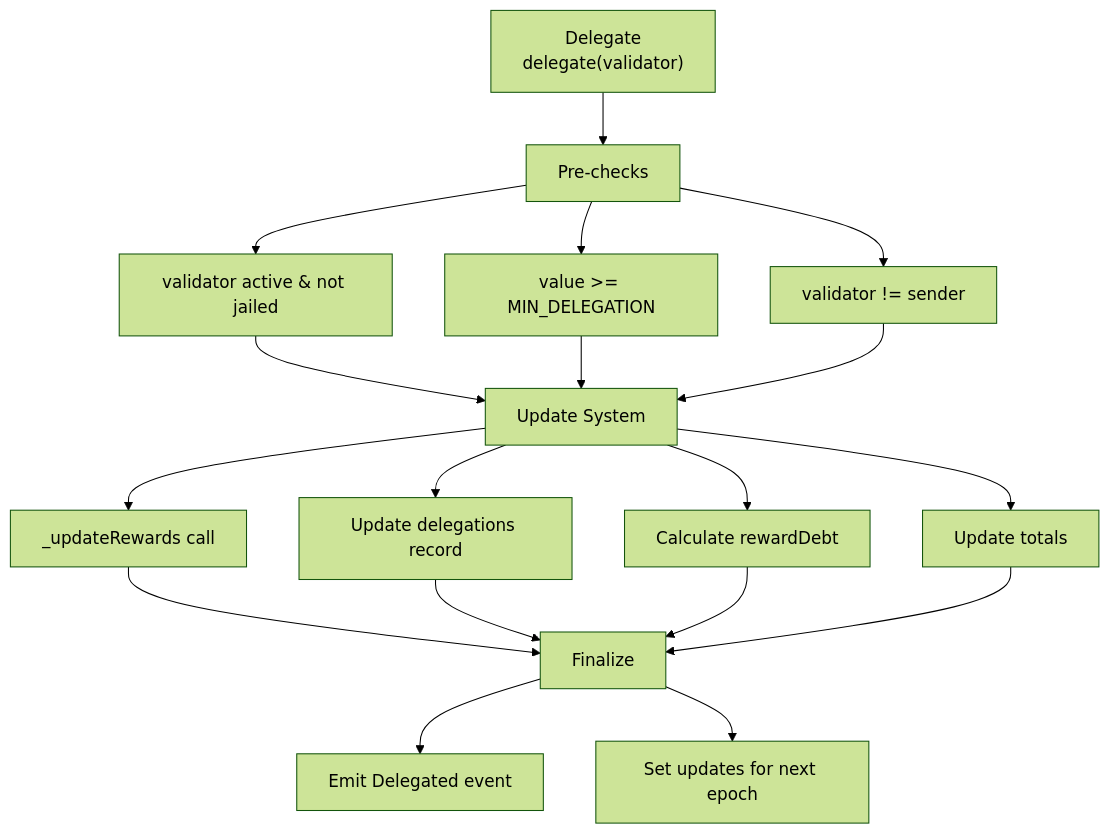
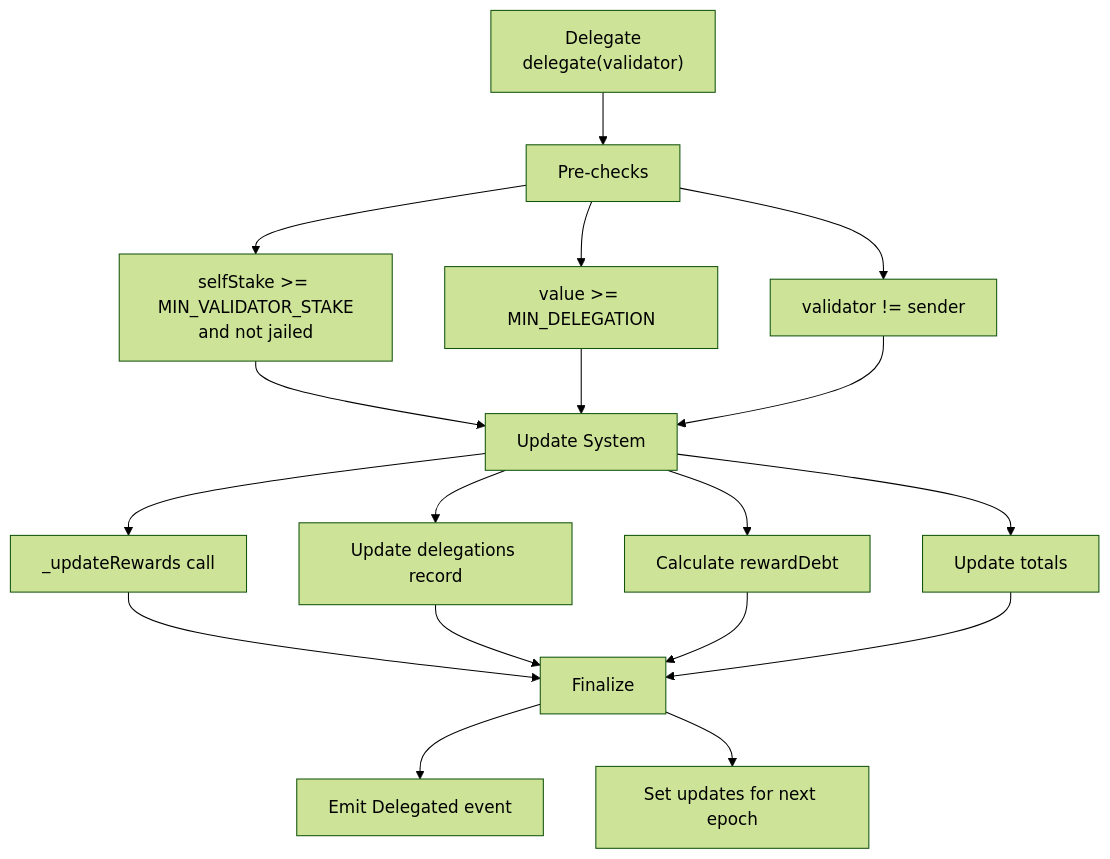
One commit to juchain-network/chain-contract changed the sixth of 13 diagrams in docs/posa-tech-spec.md. Above: the diagram before and after it, drawn with Mermaid (forest theme). The commit also changed other lines of this file and 8 other files, not shown here.

````diff
--- a/docs/posa-tech-spec.md
+++ b/docs/posa-tech-spec.md
@@ -758,24 +760,24 @@
 ```mermaid
 graph TD
     %% Delegation Flow
     A[Delegate<br/>delegate#40;validator#41;] --> B[Pre-checks]
-    B --> B1[validator active & not jailed]
+    B --> B1[selfStake >= MIN_VALIDATOR_STAKE<br/>and not jailed]
     B --> B2[value >= MIN_DELEGATION]
     B --> B3[validator != sender]
     B1 --> C
     B2 --> C
     B3 --> C
     
     C[Update System] --> C1[_updateRewards call]
     C --> C2[Update delegations record]
     C --> C3[Calculate rewardDebt]
     C --> C4[Update totals]
     C1 --> D
     C2 --> D
     C3 --> D
     C4 --> D
     
     D[Finalize] --> D1[Emit Delegated event]
     D --> D2[Set updates for next epoch]
     
 ```
````
